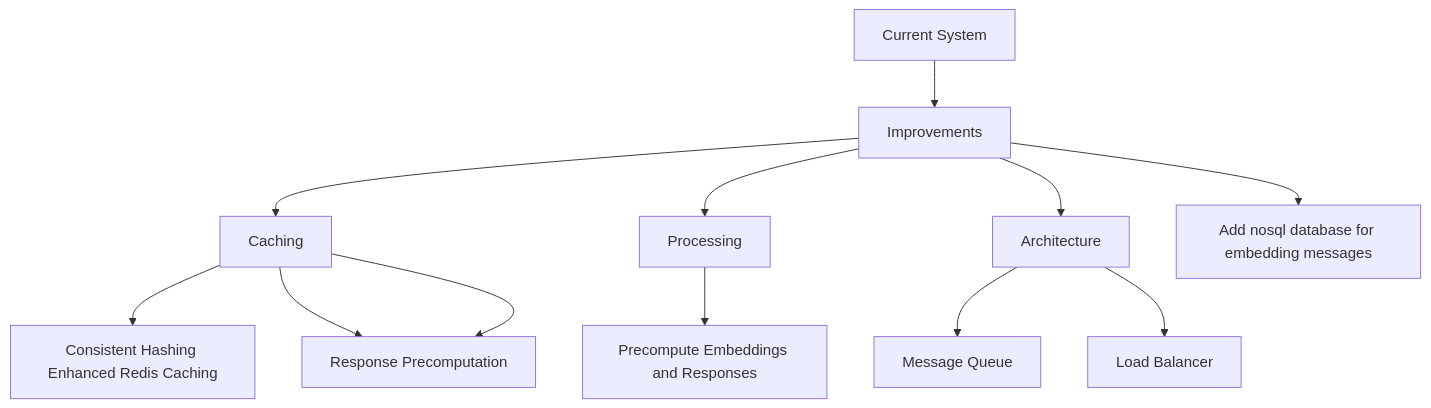
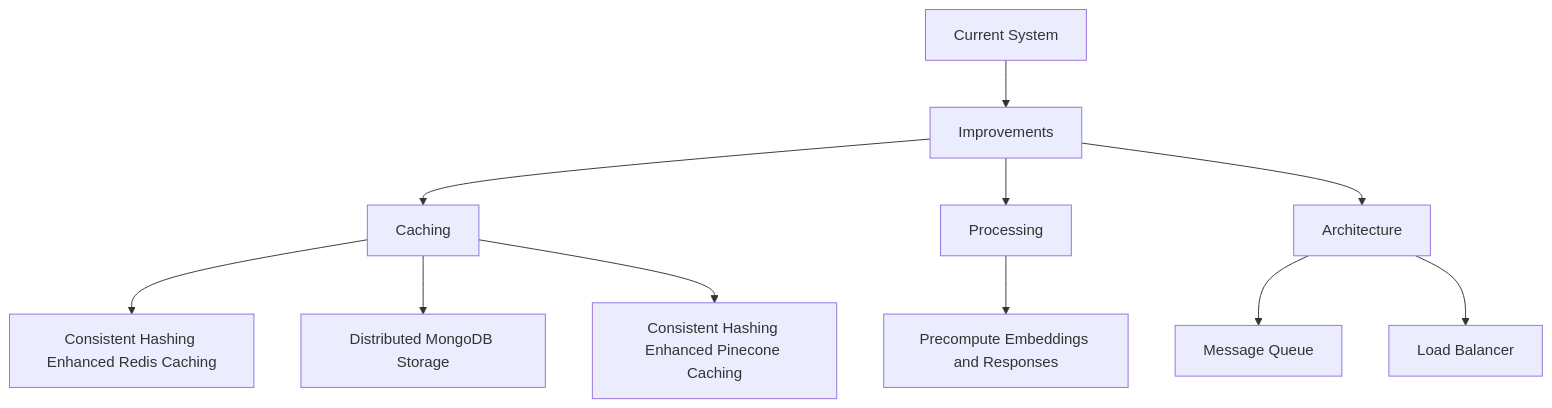
Before and after one commit to wgod58/slack-bot-ai: the third of 3 diagrams in README.md, drawn with Mermaid. The commit also changed other lines of this file, not shown here.

````diff
--- a/README.md
+++ b/README.md
@@ -192,14 +159,13 @@
    ```mermaid
    graph TD
        A[Current System] --> B[Improvements]
        B --> C[Caching]
        B --> D[Processing]
        B --> E[Architecture]
-       B --> H[Add nosql database for embedding messages]
        C --> F[Consistent Hashing Enhanced Redis Caching]
-       C --> G[Consistent Hashing Enhanced Pinecone Caching]
-       C --> G[Response Precomputation]
+       C --> G[Distributed MongoDB Storage]
+       C --> H[Consistent Hashing Enhanced Pinecone Caching]
        D --> I[Precompute Embeddings and Responses]
        E --> J[Message Queue]
        E --> K[Load Balancer]
    ```
````
